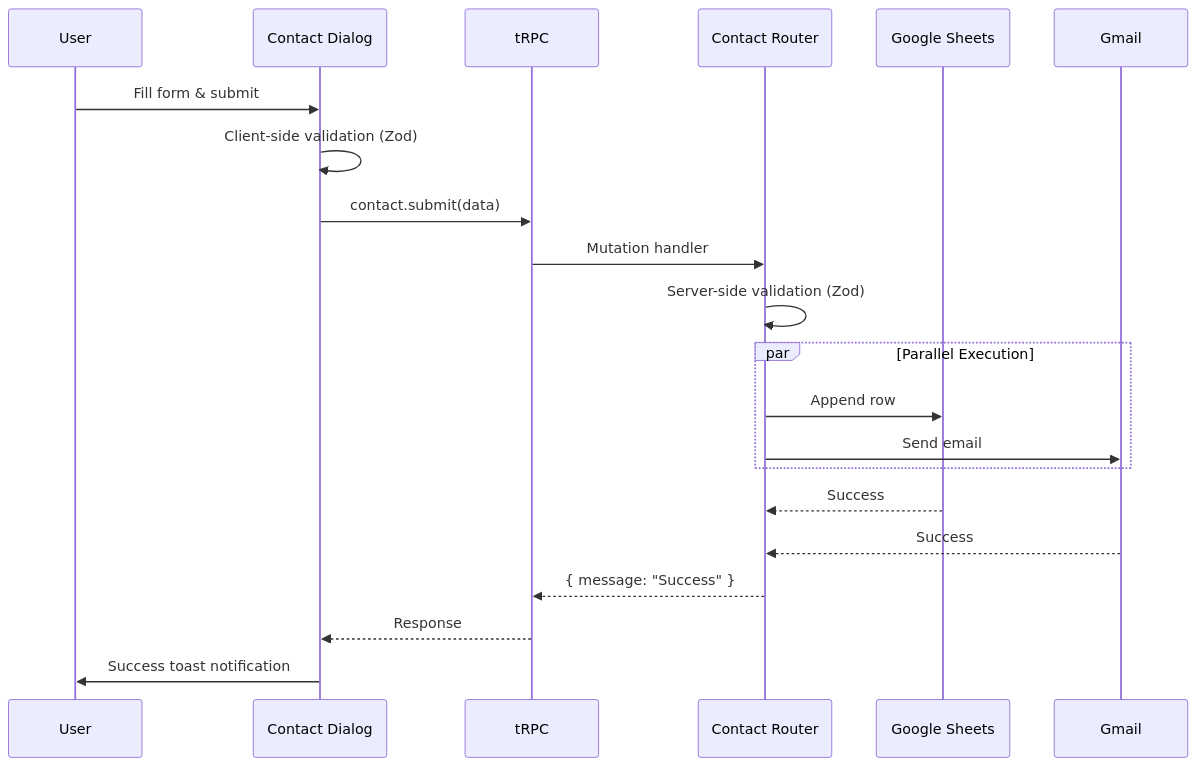
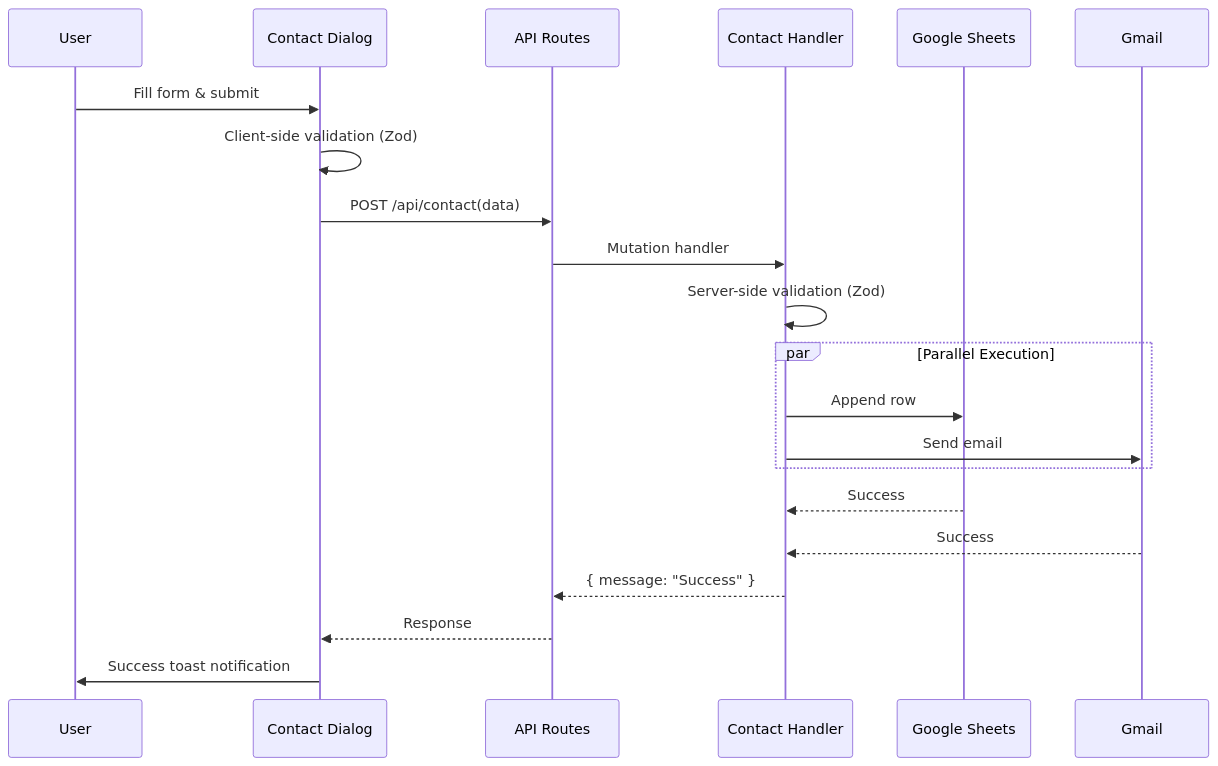
The sixth of 11 diagrams in web/docs/ARCHITECTURE.md (ossaidqadri/otherdev.web-02), drawn with Mermaid before and after one commit. The commit also changed other lines of this file and 2 other files, not shown here.

First line of the commit message:
docs: remove tRPC references, migrate to Next.js API Routes

````diff
--- a/web/docs/ARCHITECTURE.md
+++ b/web/docs/ARCHITECTURE.md
@@ -284,26 +288,26 @@
 ```mermaid
 sequenceDiagram
     participant User
     participant Form as Contact Dialog
-    participant tRPC
-    participant Router as Contact Router
+    participant API as API Routes
+    participant Handler as Contact Handler
     participant Sheets as Google Sheets
     participant Gmail
 
     User->>Form: Fill form & submit
     Form->>Form: Client-side validation (Zod)
-    Form->>tRPC: contact.submit(data)
-    tRPC->>Router: Mutation handler
-    Router->>Router: Server-side validation (Zod)
+    Form->>API: POST /api/contact(data)
+    API->>Handler: Mutation handler
+    Handler->>Handler: Server-side validation (Zod)
 
     par Parallel Execution
-        Router->>Sheets: Append row
-        Router->>Gmail: Send email
+        Handler->>Sheets: Append row
+        Handler->>Gmail: Send email
     end
 
-    Sheets-->>Router: Success
-    Gmail-->>Router: Success
-    Router-->>tRPC: { message: "Success" }
-    tRPC-->>Form: Response
+    Sheets-->>Handler: Success
+    Gmail-->>Handler: Success
+    Handler-->>API: { message: "Success" }
+    API-->>Form: Response
     Form->>User: Success toast notification
 ```
````
